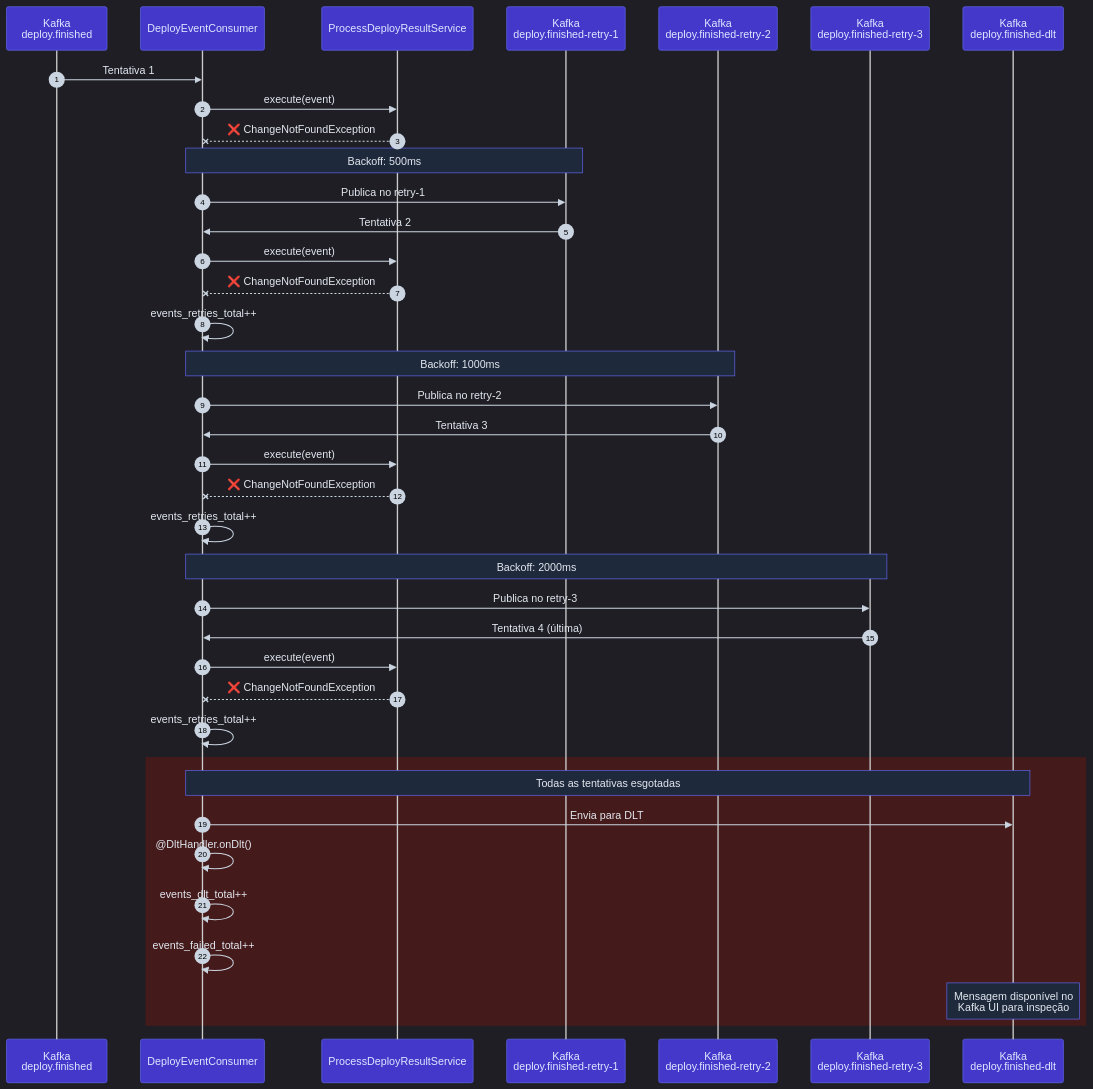
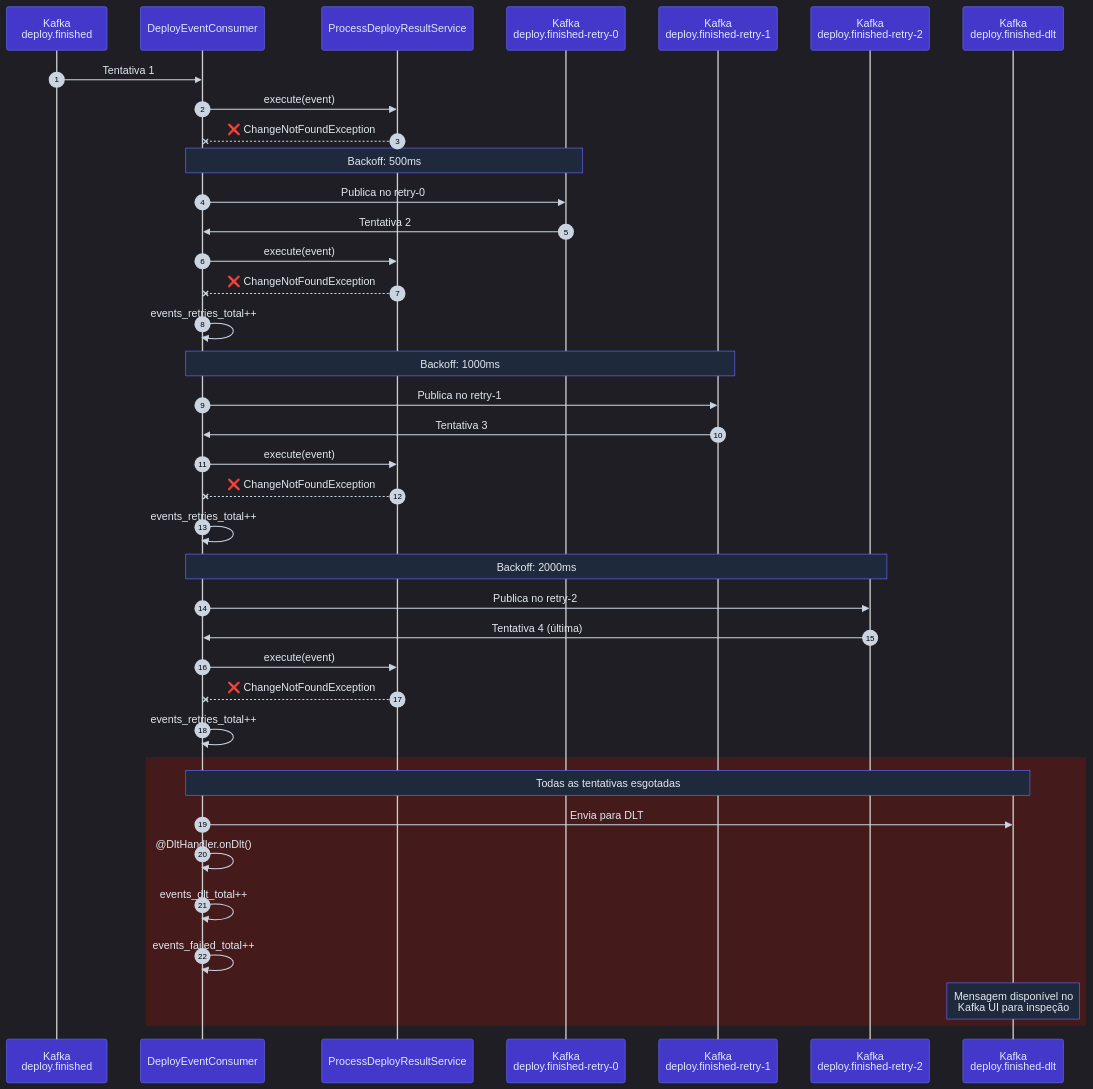
The ninth of 15 diagrams in docs/architecture/ARCHITECTURE_GUIDE.md (claudecirmiranda/changeops), drawn with Mermaid before and after one commit. The commit also changed other lines of this file and 1 other file, not shown here.

Commit message:
autlizando docs

````diff
--- a/docs/architecture/ARCHITECTURE_GUIDE.md
+++ b/docs/architecture/ARCHITECTURE_GUIDE.md
@@ -1019,46 +1019,46 @@
 ```mermaid
 %%{init: {'theme':'dark', 'themeVariables':{'fontSize':'14px','actorTextColor':'#E0E7FF','actorBkg':'#4338CA','actorBorder':'#6366F1','activationBorderColor':'#6366F1','signalColor':'#CBD5E1','signalTextColor':'#E2E8F0','noteBkgColor':'#1E293B','noteBorderColor':'#6366F1','noteTextColor':'#E2E8F0','altSectionBkgColor':'#0F172A','labelTextColor':'#A5B4FC'}}}%%
 sequenceDiagram
     autonumber
     participant K1 as Kafka<br/>deploy.finished
     participant DEC as DeployEventConsumer
     participant SVC as ProcessDeployResultService
+    participant R0 as Kafka<br/>deploy.finished-retry-0
     participant R1 as Kafka<br/>deploy.finished-retry-1
     participant R2 as Kafka<br/>deploy.finished-retry-2
-    participant R3 as Kafka<br/>deploy.finished-retry-3
     participant DLT as Kafka<br/>deploy.finished-dlt
 
     K1->>DEC: Tentativa 1
     DEC->>SVC: execute(event)
     SVC--xDEC: ❌ ChangeNotFoundException
 
-    Note over DEC,R1: Backoff: 500ms
-    DEC->>R1: Publica no retry-1
-    R1->>DEC: Tentativa 2
+    Note over DEC,R0: Backoff: 500ms
+    DEC->>R0: Publica no retry-0
+    R0->>DEC: Tentativa 2
     DEC->>SVC: execute(event)
     SVC--xDEC: ❌ ChangeNotFoundException
     DEC->>DEC: events_retries_total++
 
-    Note over DEC,R2: Backoff: 1000ms
-    DEC->>R2: Publica no retry-2
-    R2->>DEC: Tentativa 3
+    Note over DEC,R1: Backoff: 1000ms
+    DEC->>R1: Publica no retry-1
+    R1->>DEC: Tentativa 3
     DEC->>SVC: execute(event)
     SVC--xDEC: ❌ ChangeNotFoundException
     DEC->>DEC: events_retries_total++
 
-    Note over DEC,R3: Backoff: 2000ms
-    DEC->>R3: Publica no retry-3
-    R3->>DEC: Tentativa 4 (última)
+    Note over DEC,R2: Backoff: 2000ms
+    DEC->>R2: Publica no retry-2
+    R2->>DEC: Tentativa 4 (última)
     DEC->>SVC: execute(event)
     SVC--xDEC: ❌ ChangeNotFoundException
     DEC->>DEC: events_retries_total++
 
     rect rgb(69, 26, 26)
         Note over DEC,DLT: Todas as tentativas esgotadas
         DEC->>DLT: Envia para DLT
         DEC->>DEC: @DltHandler.onDlt()
         DEC->>DEC: events_dlt_total++
         DEC->>DEC: events_failed_total++
         Note over DLT: Mensagem disponível no<br/>Kafka UI para inspeção
     end
 ```
````
